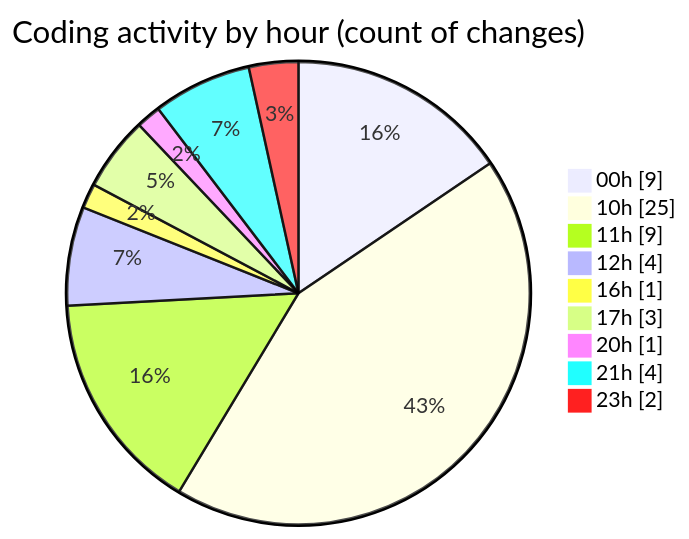
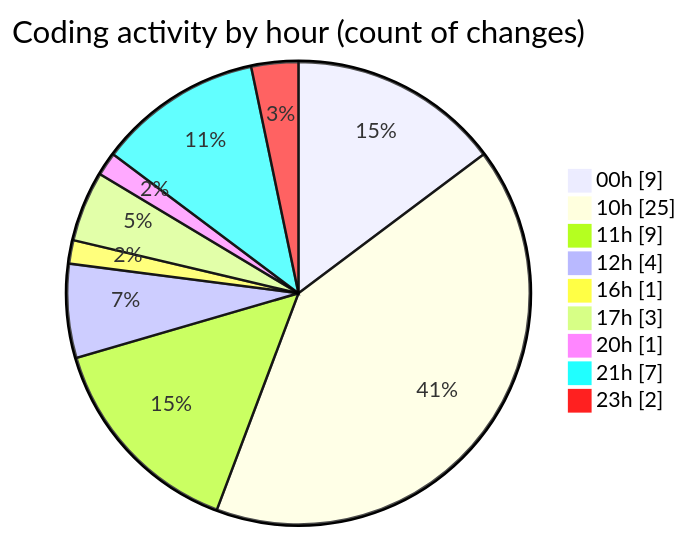
The second of 2 diagrams in 2025-11-15/cdp_aleoudev_fr__workspace_/README.md (julien-gomy/code-tracking), drawn with Mermaid before and after one commit. The commit also changed other lines of this file and 1 other file, not shown here.

````diff
--- a/2025-11-15/cdp_aleoudev_fr__workspace_/README.md
+++ b/2025-11-15/cdp_aleoudev_fr__workspace_/README.md
@@ -37,13 +37,13 @@
 ```mermaid
 pie showData
 title Coding activity by hour (count of changes)
 "00h" : 9
 "10h" : 25
 "11h" : 9
 "12h" : 4
 "16h" : 1
 "17h" : 3
 "20h" : 1
-"21h" : 4
+"21h" : 7
 "23h" : 2
 ```
````
